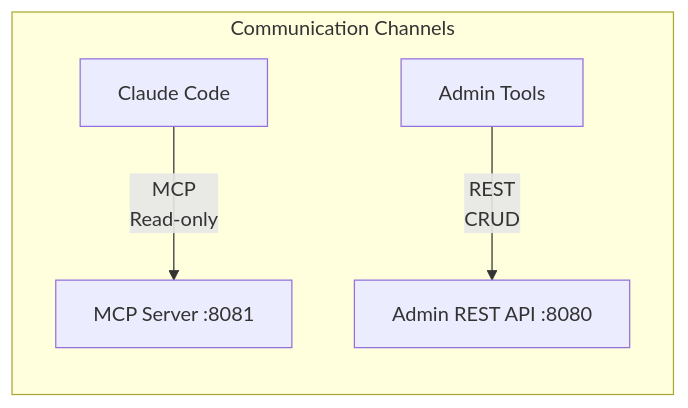
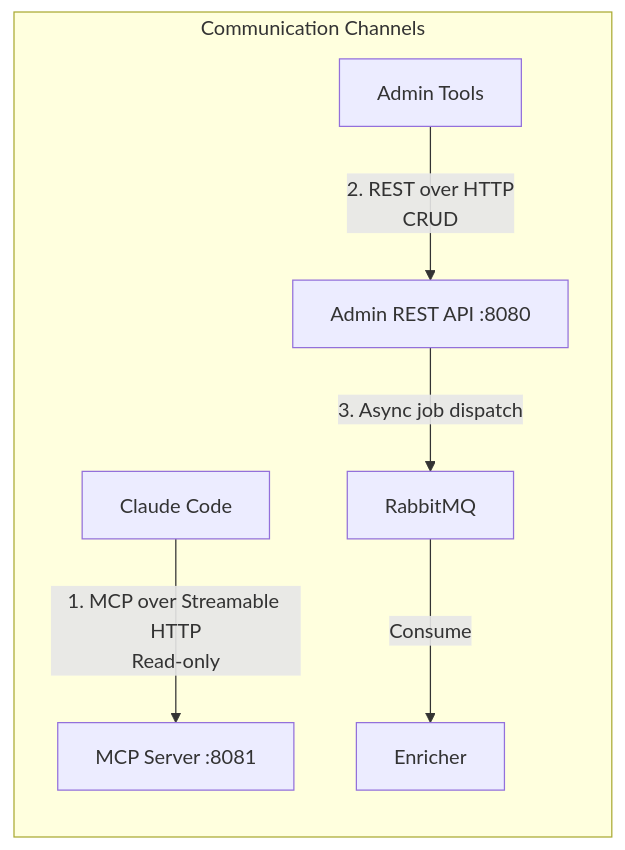
The first of 6 diagrams in docs/architecture/system/03-communication-patterns.md (twistingmercury/mnemonic-docs), drawn with Mermaid before and after one commit. The commit also changed other lines of this file, not shown here.

Commit message:
docs: add RabbitMQ communication channel and fix enrichment flow diagrams

````diff
--- a/docs/architecture/system/03-communication-patterns.md
+++ b/docs/architecture/system/03-communication-patterns.md
@@ -22,12 +23,16 @@
 ```mermaid
 graph LR
     subgraph "Communication Channels"
         CC[Claude Code]
         ADMIN[Admin Tools]
         MCP[MCP Server :8081]
         REST[Admin REST API :8080]
+        RMQ[RabbitMQ]
+        ENR[Enricher]
     end
 
-    CC -->|"MCP<br/>Read-only"| MCP
-    ADMIN -->|"REST<br/>CRUD"| REST
+    CC -->|"1. MCP over Streamable HTTP<br/>Read-only"| MCP
+    ADMIN -->|"2. REST over HTTP<br/>CRUD"| REST
+    REST -->|"3. Async job dispatch"| RMQ
+    RMQ -->|"Consume"| ENR
 ```
````
